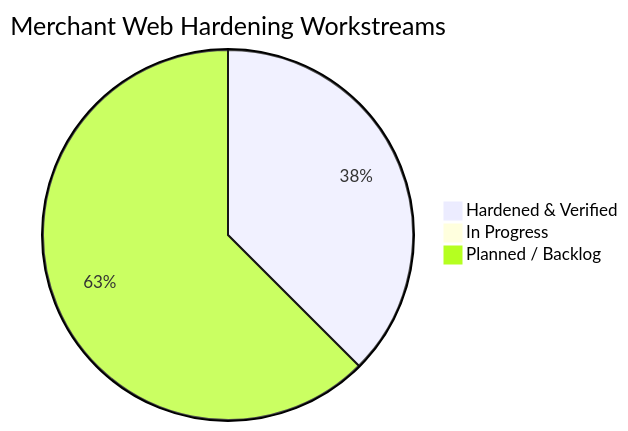
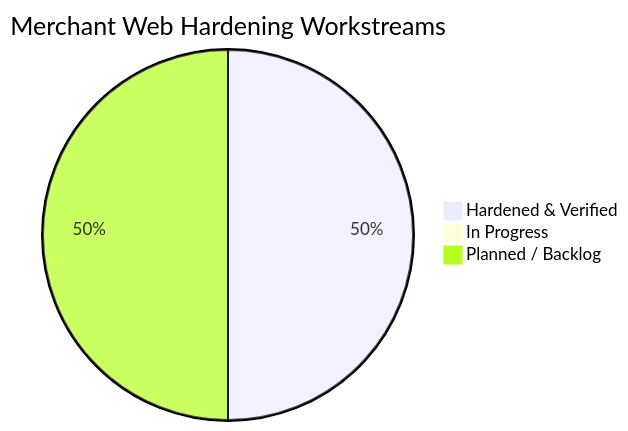
Before and after one commit to UtkarshShrivastava1/qucom-platform-root: the first of 2 diagrams in merchant_web_hardening_tracker.md, drawn with Mermaid. The commit also changed other lines of this file and 10 other files, not shown here.

````diff
--- a/merchant_web_hardening_tracker.md
+++ b/merchant_web_hardening_tracker.md
@@ -16,6 +16,6 @@
 ```mermaid
 pie title Merchant Web Hardening Workstreams
-    "Hardened & Verified" : 3
+    "Hardened & Verified" : 4
     "In Progress" : 0
-    "Planned / Backlog" : 5
+    "Planned / Backlog" : 4
 ```
````
